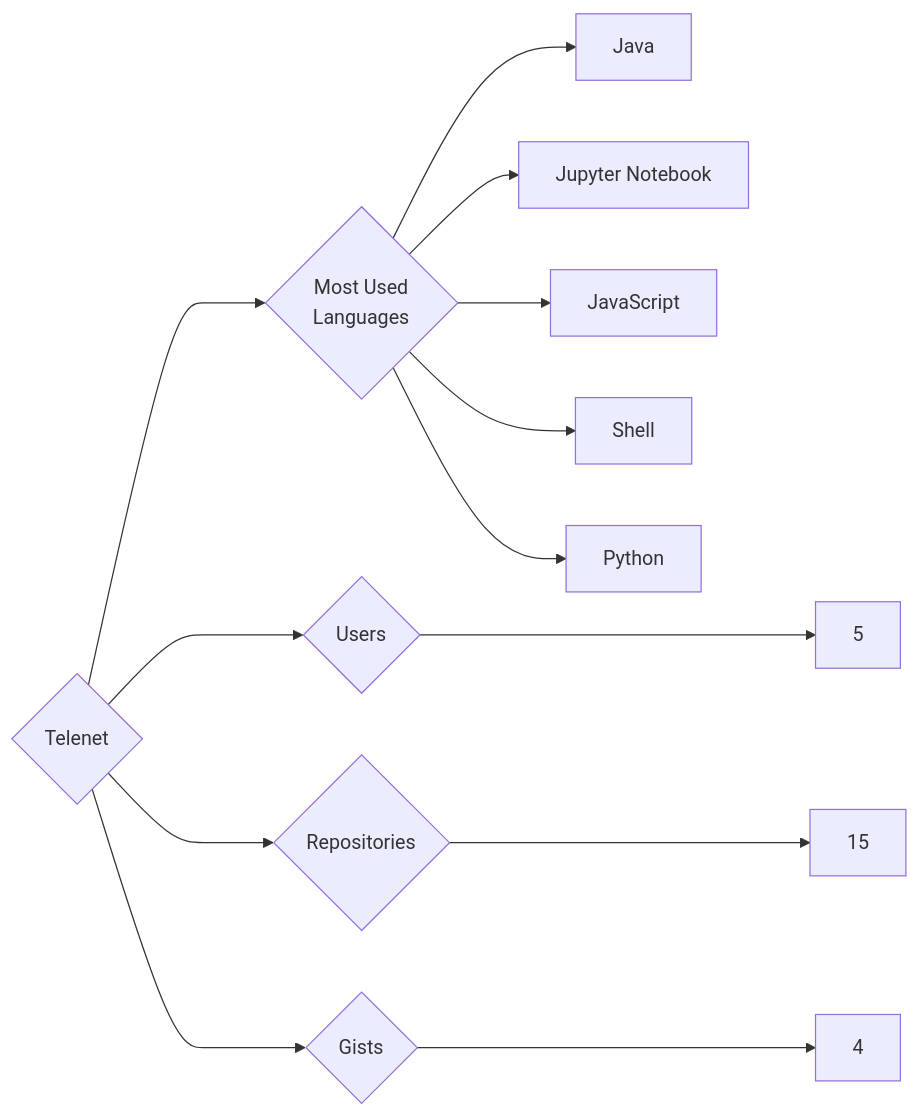
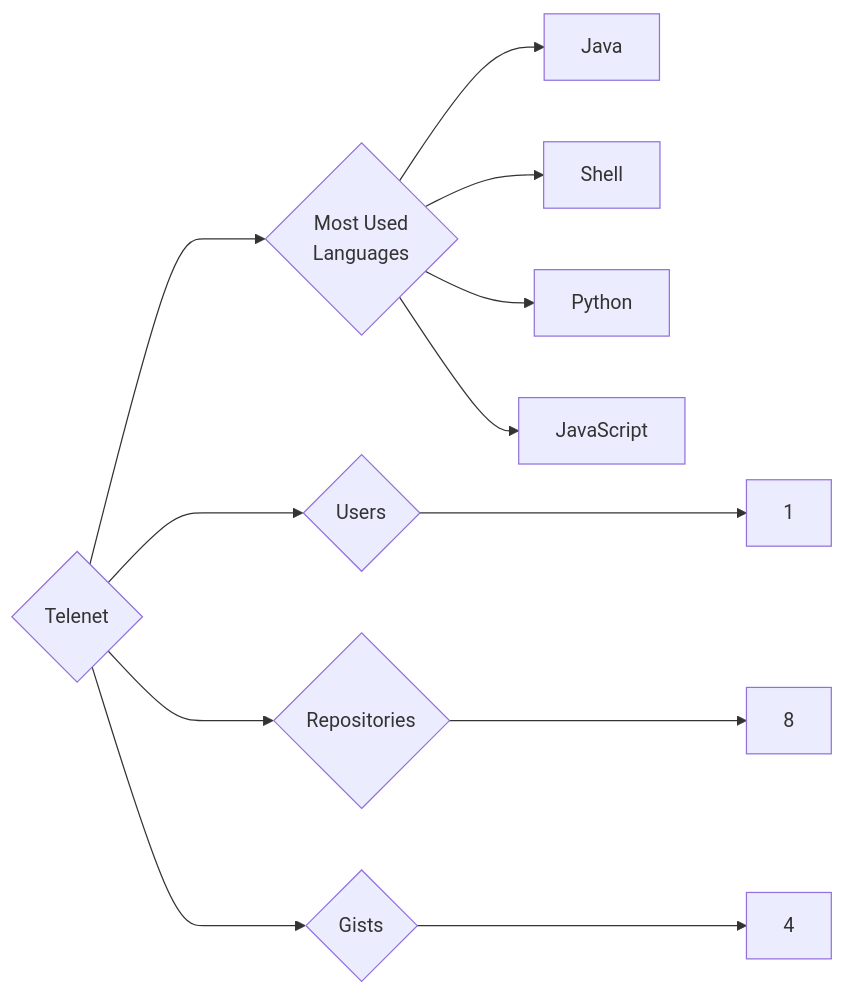
One commit to trickest/insiders changed the diagram in targets/Telenet/README.md. Above: the diagram before and after it, drawn with Mermaid. The commit also changed 860 other files, not shown here.

````diff
--- a/targets/Telenet/README.md
+++ b/targets/Telenet/README.md
@@ -3,13 +3,12 @@
 ```mermaid
 graph LR
 COMPANY_NAME{Telenet}
-COMPANY_NAME ---> U{Users} ---> UN[5]
-COMPANY_NAME ---> R{Repositories} ---> RN[15]
+COMPANY_NAME ---> U{Users} ---> UN[1]
+COMPANY_NAME ---> R{Repositories} ---> RN[8]
 COMPANY_NAME ---> G{Gists} ---> GN[4]
 COMPANY_NAME ---> ML{Most Used<br>Languages}
 ML --> Java[Java]
-ML --> Jupyter_Notebook[Jupyter Notebook]
-ML --> JavaScript[JavaScript]
 ML --> Shell[Shell]
 ML --> Python[Python]
+ML --> JavaScript[JavaScript]
 ```
````
